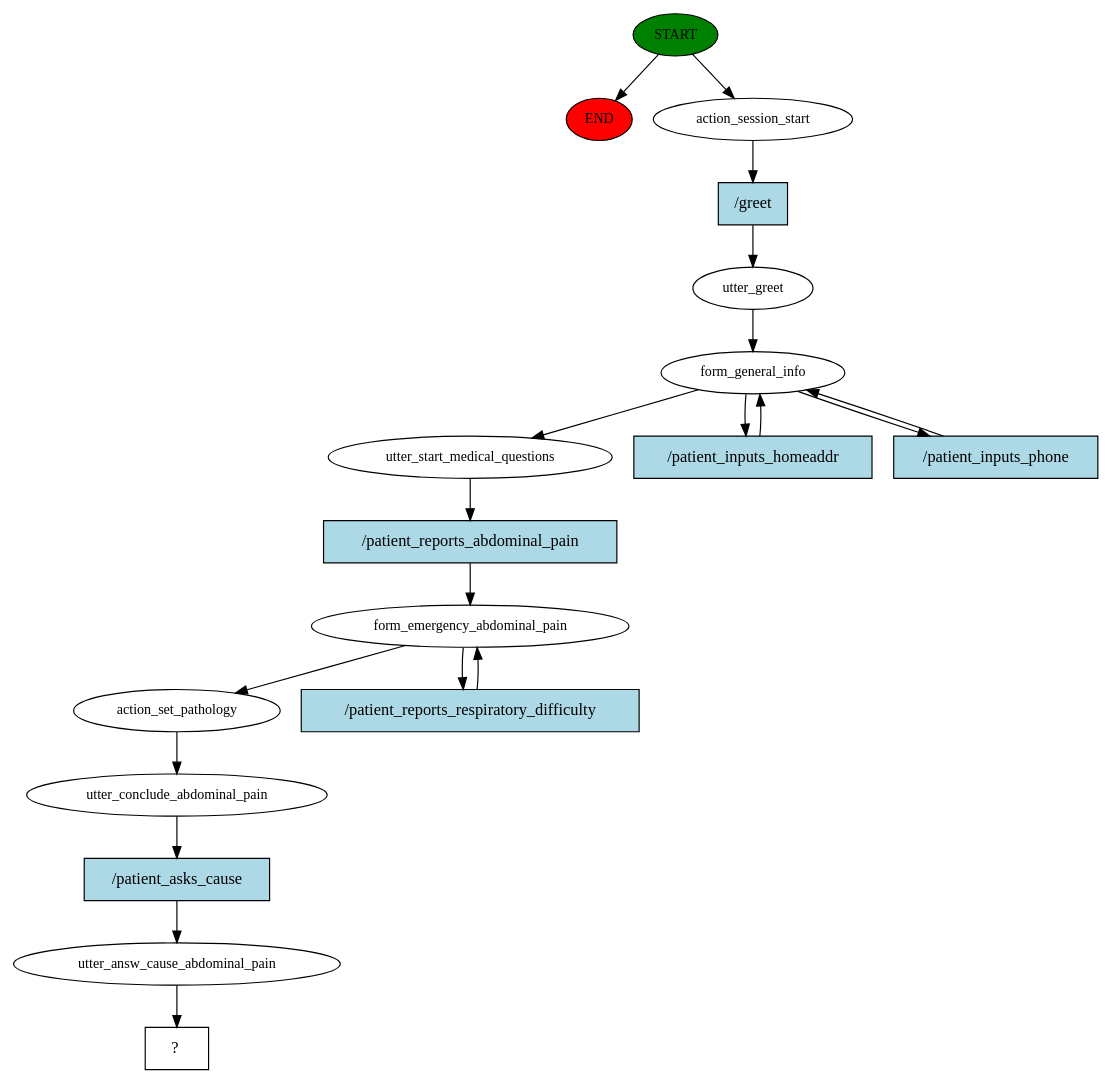
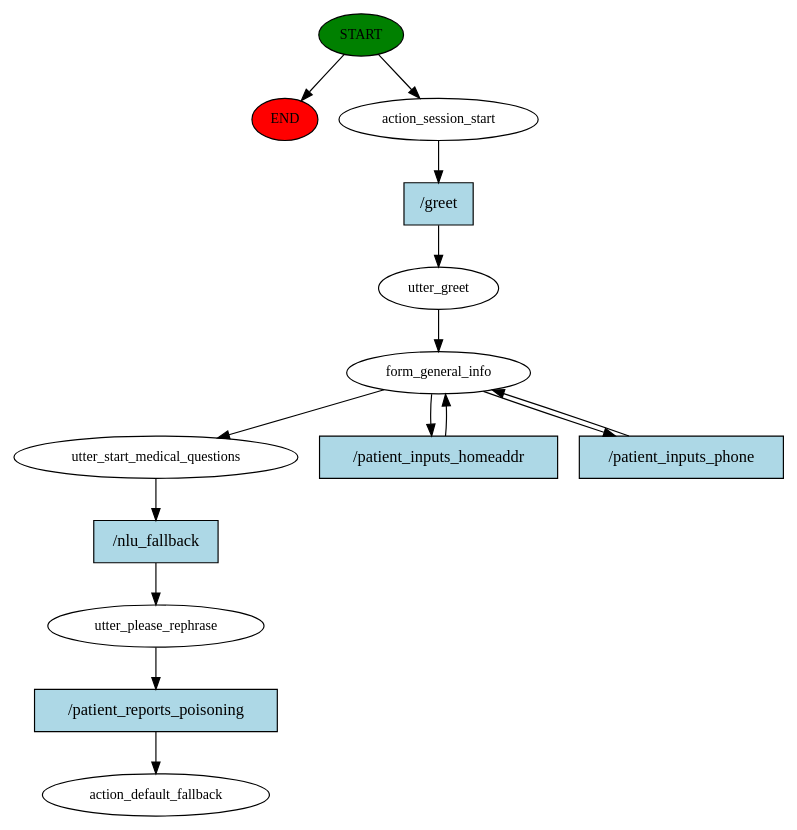
One commit to halixness/HMD-Dispatcher changed the diagram in story_graph.dot. Above: the diagram before and after it, drawn with Graphviz. The commit also changed 4 other files, not shown here.

```diff
--- a/story_graph.dot
+++ b/story_graph.dot
@@ -1,38 +1,29 @@
 digraph  {
 0 [class="start active", fillcolor=green, fontsize=12, label=START, style=filled];
 "-1" [class=end, fillcolor=red, fontsize=12, label=END, style=filled];
 1 [class=active, fontsize=12, label=action_session_start];
 2 [class=active, fontsize=12, label=utter_greet];
 3 [class=active, fontsize=12, label=form_general_info];
 6 [class=active, fontsize=12, label=utter_start_medical_questions];
-7 [class=active, fontsize=12, label=form_emergency_abdominal_pain];
-14 [class=active, fontsize=12, label=action_set_pathology];
-15 [class=active, fontsize=12, label=utter_conclude_abdominal_pain];
-16 [class=active, fontsize=12, label=utter_answ_cause_abdominal_pain];
-17 [class="intent dashed active", label="  ?  ", shape=rect];
-18 [class="intent active", fillcolor=lightblue, label="/greet", shape=rect, style=filled];
-19 [class="intent active", fillcolor=lightblue, label="/patient_inputs_homeaddr", shape=rect, style=filled];
-20 [class="intent active", fillcolor=lightblue, label="/patient_inputs_phone", shape=rect, style=filled];
-21 [class="intent active", fillcolor=lightblue, label="/patient_reports_abdominal_pain", shape=rect, style=filled];
-22 [class="intent active", fillcolor=lightblue, label="/patient_reports_respiratory_difficulty", shape=rect, style=filled];
-23 [class="intent active", fillcolor=lightblue, label="/patient_asks_cause", shape=rect, style=filled];
+7 [class=active, fontsize=12, label=utter_please_rephrase];
+8 [class="dashed active", fontsize=12, label=action_default_fallback];
+9 [class="intent active", fillcolor=lightblue, label="/greet", shape=rect, style=filled];
+10 [class="intent active", fillcolor=lightblue, label="/patient_inputs_homeaddr", shape=rect, style=filled];
+11 [class="intent active", fillcolor=lightblue, label="/patient_inputs_phone", shape=rect, style=filled];
+12 [class="intent active", fillcolor=lightblue, label="/nlu_fallback", shape=rect, style=filled];
+13 [class="intent active", fillcolor=lightblue, label="/patient_reports_poisoning", shape=rect, style=filled];
 0 -> "-1"  [class="", key=NONE, label=""];
 0 -> 1  [class=active, key=NONE, label=""];
-1 -> 18  [class=active, key=0];
+1 -> 9  [class=active, key=0];
 2 -> 3  [class=active, key=NONE, label=""];
 3 -> 6  [class=active, key=NONE, label=""];
-3 -> 19  [class=active, key=0];
-3 -> 20  [class=active, key=0];
-6 -> 21  [class=active, key=0];
-7 -> 14  [class=active, key=NONE, label=""];
-7 -> 22  [class=active, key=0];
-14 -> 15  [class=active, key=NONE, label=""];
-15 -> 23  [class=active, key=0];
-16 -> 17  [class=active, key=NONE, label=""];
-18 -> 2  [class=active, key=0];
-19 -> 3  [class=active, key=0];
-20 -> 3  [class=active, key=0];
-21 -> 7  [class=active, key=0];
-22 -> 7  [class=active, key=0];
-23 -> 16  [class=active, key=0];
+3 -> 10  [class=active, key=0];
+3 -> 11  [class=active, key=0];
+6 -> 12  [class=active, key=0];
+7 -> 13  [class=active, key=0];
+9 -> 2  [class=active, key=0];
+10 -> 3  [class=active, key=0];
+11 -> 3  [class=active, key=0];
+12 -> 7  [class=active, key=0];
+13 -> 8  [class=active, key=0];
 }
```
